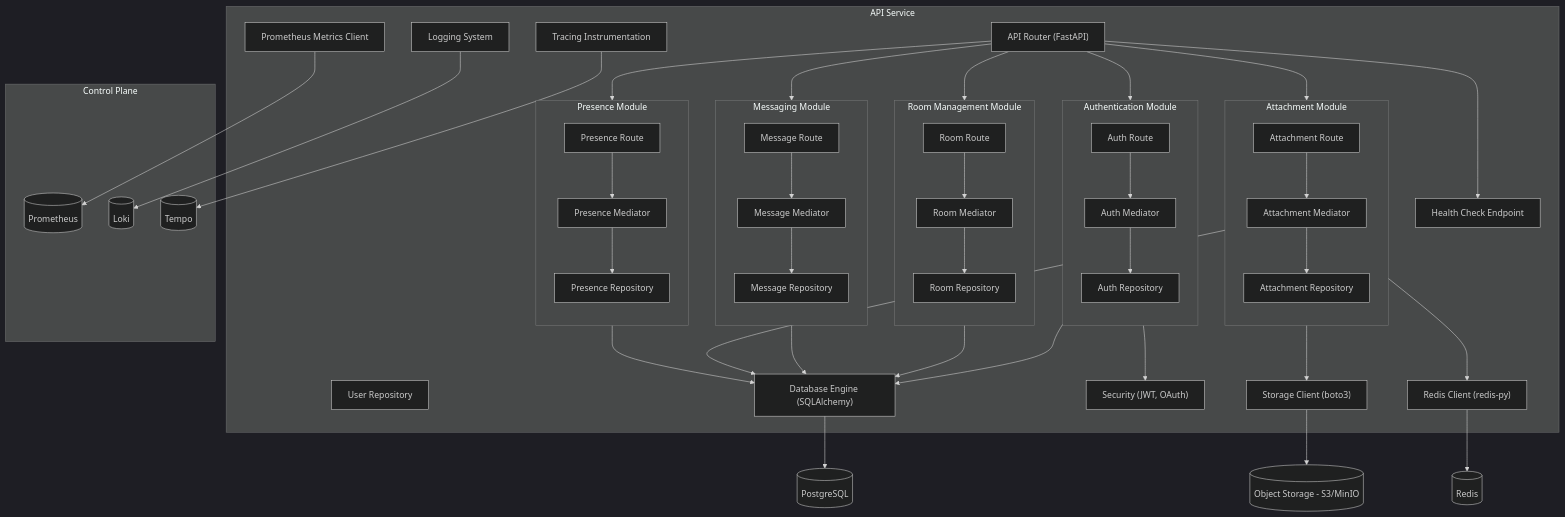
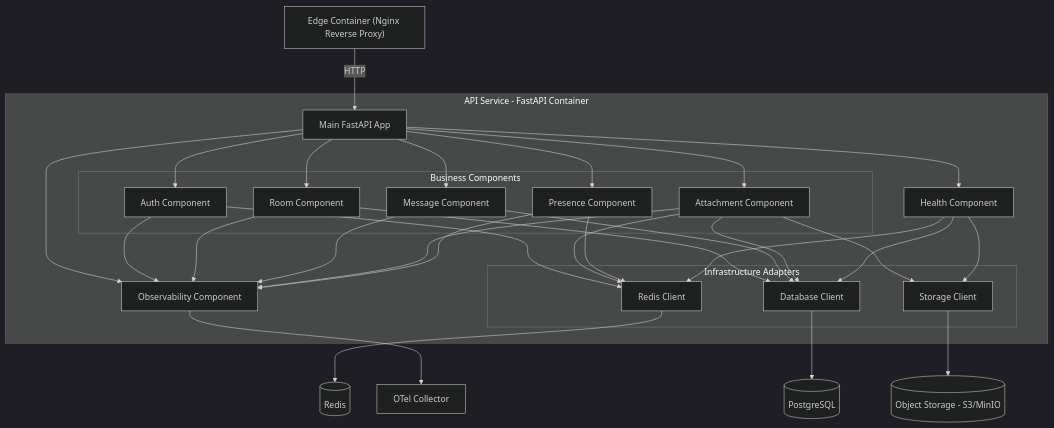
Before and after one commit to aaron-fredrick/kairo: the diagram in docs/architecture/c4/3-component-api.mmd, drawn with Mermaid. The commit also changed 1 other file, not shown here.

Commit message:
feat(architecture): restructure API service diagram with updated components and connections

```diff
--- a/docs/architecture/c4/3-component-api.mmd
+++ b/docs/architecture/c4/3-component-api.mmd
@@ -1,122 +1,78 @@
 %%{init: {
-  "theme": "dark",
-  "flowchart": {
+"theme": "dark",
+"flowchart": {
     "nodeSpacing": 50,
     "rankSpacing": 60
-  }
+}
 }}%%
 
-flowchart TD
+flowchart TB
 
-    subgraph API[API Service]
+    
+	Edge["Edge Container (Nginx Reverse Proxy)"]
 
-        %% Base
-        Router["API Router (FastAPI)"]
+    subgraph API[API Service - FastAPI Container]
 
-        subgraph AuthModule[Authentication Module]
-            direction TB
-            AuthRoute[Auth Route]
-            AuthMediator["Auth Mediator"]
-            AuthRepo["Auth Repository"]
+        App[Main FastAPI App]
+
+        subgraph Business[Business Components]
+        Auth[Auth Component]
+        Room[Room Component]
+        Message[Message Component]
+        Attachment[Attachment Component]
+        Presence[Presence Component]
         end
 
-        subgraph RoomModule[Room Management Module]
-            direction TB
-            RoomRoute[Room Route]
-            RoomMediator["Room Mediator"]
-            RoomRepo["Room Repository"]
+        Health[Health Component]
+
+        subgraph Infra [Infrastructure Adapters]
+            DBC[Database Client]
+            RedisC[Redis Client]
+            StorageC[Storage Client]
         end
 
-        subgraph MessageModule[Messaging Module]
-            direction TB
-            MessageRoute[Message Route]
-            MessageMediator["Message Mediator"]
-            MessageRepo["Message Repository"]
-        end
-
-        subgraph AttachmentModule[Attachment Module]
-            direction TB
-            AttachmentRoute[Attachment Route]
-            AttachmentMediator["Attachment Mediator"]
-            AttachmentRepo["Attachment Repository"]
-        end
-
-        subgraph PresenceModule[Presence Module]
-            direction TB
-            PresenceRoute[Presence Route]
-            PresenceMediator["Presence Mediator"]
-            PresenceRepo["Presence Repository"]
-        end
-        
-        UserRepo["User Repository"]
-
-        %% DB
-        DBEngine["Database Engine (SQLAlchemy)"]
-
-        %% Core
-        Security["Security (JWT, OAuth)"]
-
-        RedisClient["Redis Client (redis-py)"]
-        StorageClient["Storage Client (boto3)"]
-
-        %% platform
-        Logging[Logging System]
-        Metrics[Prometheus Metrics Client]
-        Tracing[Tracing Instrumentation]
-
-        Health[Health Check Endpoint]
-
+        Obs[Observability Component]
     end
 
-    subgraph CP[Control Plane]
-        Prometheus[(Prometheus)]
-        Loki[(Loki)]
-        Tempo[(Tempo)]
-    end
+    OTel[OTel Collector]
 
+    Redis[(Redis)]
     Postgres[(PostgreSQL)]
-    Redis[(Redis)]
     Storage[(Object Storage - S3/MinIO)]
 
+    Edge -->|HTTP| App
+
+    App --> Auth
+    App --> Room
+    App --> Message
+    App --> Attachment
+    App --> Presence
+    App --> Health
+
+    Auth --> RedisC
+
+    Room --> DBC
     
+    Message --> DBC
+    
+    Attachment --> StorageC
+    Attachment --> DBC
+    Attachment --> RedisC
 
-    Router --> AuthRoute
-    Router --> RoomRoute
-    Router --> MessageRoute
-    Router --> AttachmentRoute
-    Router --> PresenceRoute
+    Presence --> RedisC
 
-    AuthRoute --> AuthMediator
-    RoomRoute --> RoomMediator
-    MessageRoute --> MessageMediator
-    AttachmentRoute --> AttachmentMediator
-    PresenceRoute --> PresenceMediator
+    Health --> DBC
+    Health --> RedisC
+    Health --> StorageC
 
-    AuthMediator --> Security
+    App --> Obs
+    Auth --> Obs
+    Room --> Obs
+    Message --> Obs
+    Attachment --> Obs
+    Presence --> Obs
 
-    AuthMediator --> AuthRepo
-    RoomMediator --> RoomRepo
-    MessageMediator --> MessageRepo
-    AttachmentMediator --> AttachmentRepo
-    PresenceMediator --> PresenceRepo
-
-    AttachmentMediator --> StorageClient
-    AttachmentMediator --> RedisClient
-
-    AuthRepo --> DBEngine
-    RoomRepo --> DBEngine
-    MessageRepo --> DBEngine
-    AttachmentRepo --> DBEngine
-    PresenceRepo --> DBEngine
-
-    DBEngine --> Postgres
-
-    RedisClient --> Redis
-
-    StorageClient --> Storage
-
-    Router --> Health
-
-    Logging --> Loki
-    Metrics --> Prometheus
-    Tracing --> Tempo
+    Obs --> OTel
+    DBC --> Postgres
+    RedisC --> Redis
+    StorageC --> Storage
```
